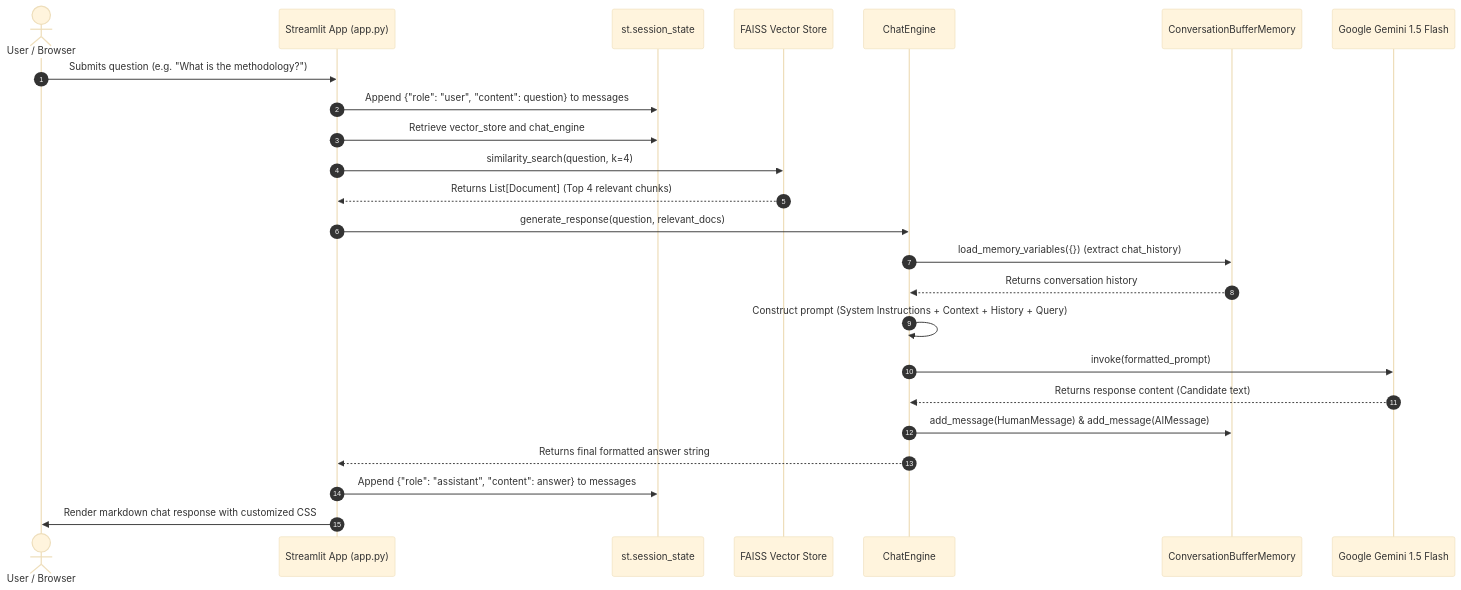
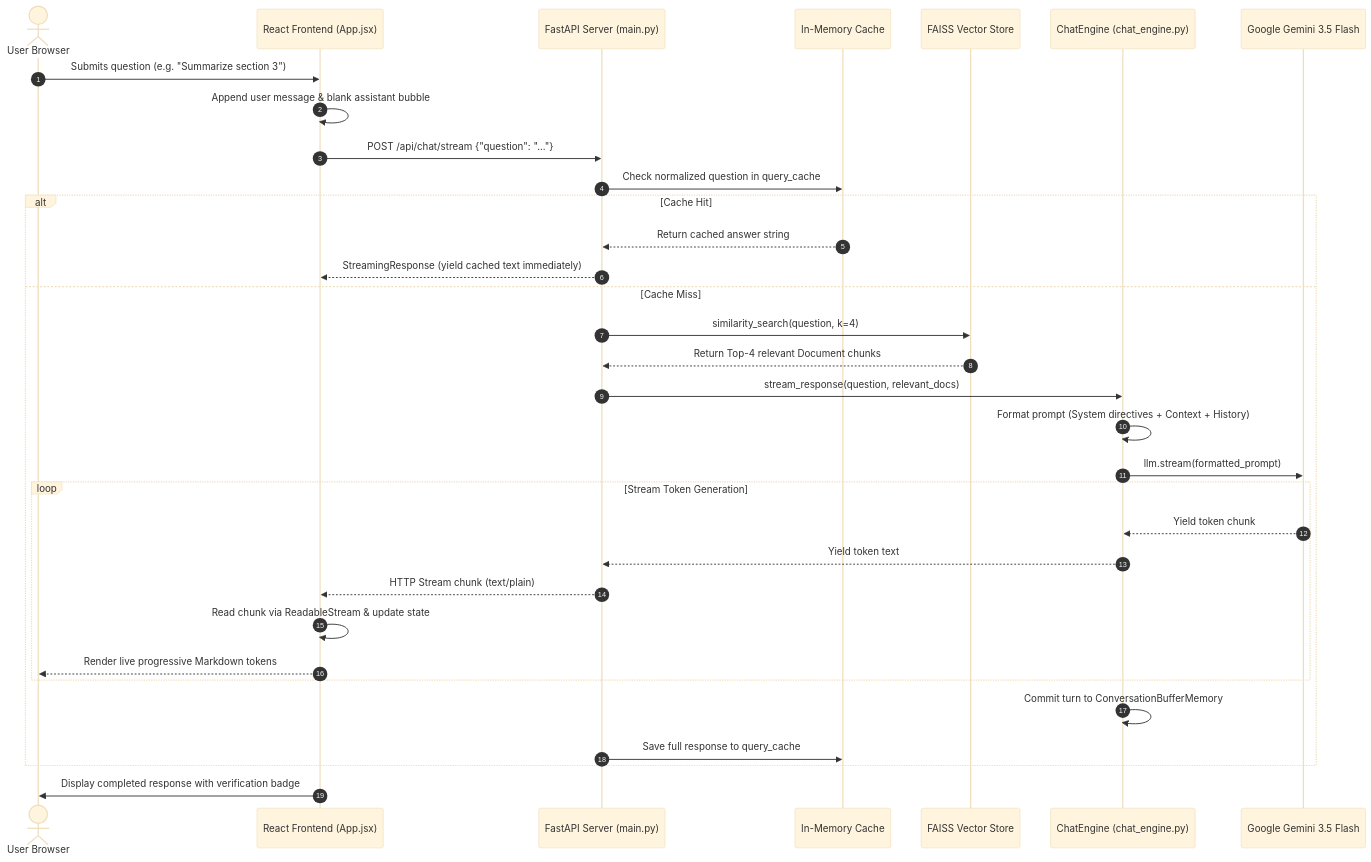
The third of 4 diagrams in TECHNICAL_REPORT.md (Shakir5665/DocQuery-AI), drawn with Mermaid (base theme) before and after one commit. The commit also changed other lines of this file and 6 other files, not shown here.

Commit message:
feat: add React 19 frontend and update branding with custom logo assets

````diff
--- a/TECHNICAL_REPORT.md
+++ b/TECHNICAL_REPORT.md
@@ -154,27 +193,40 @@
 ```mermaid
 sequenceDiagram
     autonumber
-    actor User as User / Browser
-    participant App as Streamlit App (app.py)
-    participant State as st.session_state
-    participant VStore as FAISS Vector Store
-    participant Engine as ChatEngine
-    participant Memory as ConversationBufferMemory
-    participant Gemini as Google Gemini 1.5 Flash
+    actor User as User Browser
+    participant ReactApp as React Frontend (App.jsx)
+    participant FastAPI as FastAPI Server (main.py)
+    participant Cache as In-Memory Cache
+    participant FAISS as FAISS Vector Store
+    participant ChatEngine as ChatEngine (chat_engine.py)
+    participant Gemini as Google Gemini 3.5 Flash
 
-    User->>App: Submits question (e.g. "What is the methodology?")
-    App->>State: Append {"role": "user", "content": question} to messages
-    App->>State: Retrieve vector_store and chat_engine
-    App->>VStore: similarity_search(question, k=4)
-    VStore-->>App: Returns List[Document] (Top 4 relevant chunks)
-    App->>Engine: generate_response(question, relevant_docs)
-    Engine->>Memory: load_memory_variables({}) (extract chat_history)
-    Memory-->>Engine: Returns conversation history
-    Engine->>Engine: Construct prompt (System Instructions + Context + History + Query)
-    Engine->>Gemini: invoke(formatted_prompt)
-    Gemini-->>Engine: Returns response content (Candidate text)
-    Engine->>Memory: add_message(HumanMessage) & add_message(AIMessage)
-    Engine-->>App: Returns final formatted answer string
-    App->>State: Append {"role": "assistant", "content": answer} to messages
-    App->>User: Render markdown chat response with customized CSS
+    User->>ReactApp: Submits question (e.g. "Summarize section 3")
+    ReactApp->>ReactApp: Append user message & blank assistant bubble
+    ReactApp->>FastAPI: POST /api/chat/stream {"question": "..."}
+    FastAPI->>Cache: Check normalized question in query_cache
+
+    alt Cache Hit
+        Cache-->>FastAPI: Return cached answer string
+        FastAPI-->>ReactApp: StreamingResponse (yield cached text immediately)
+    else Cache Miss
+        FastAPI->>FAISS: similarity_search(question, k=4)
+        FAISS-->>FastAPI: Return Top-4 relevant Document chunks
+        FastAPI->>ChatEngine: stream_response(question, relevant_docs)
+        ChatEngine->>ChatEngine: Format prompt (System directives + Context + History)
+        ChatEngine->>Gemini: llm.stream(formatted_prompt)
+        
+        loop Stream Token Generation
+            Gemini-->>ChatEngine: Yield token chunk
+            ChatEngine-->>FastAPI: Yield token text
+            FastAPI-->>ReactApp: HTTP Stream chunk (text/plain)
+            ReactApp->>ReactApp: Read chunk via ReadableStream & update state
+            ReactApp-->>User: Render live progressive Markdown tokens
+        end
+
+        ChatEngine->>ChatEngine: Commit turn to ConversationBufferMemory
+        FastAPI->>Cache: Save full response to query_cache
+    end
+
+    ReactApp->>User: Display completed response with verification badge
 ```
````
